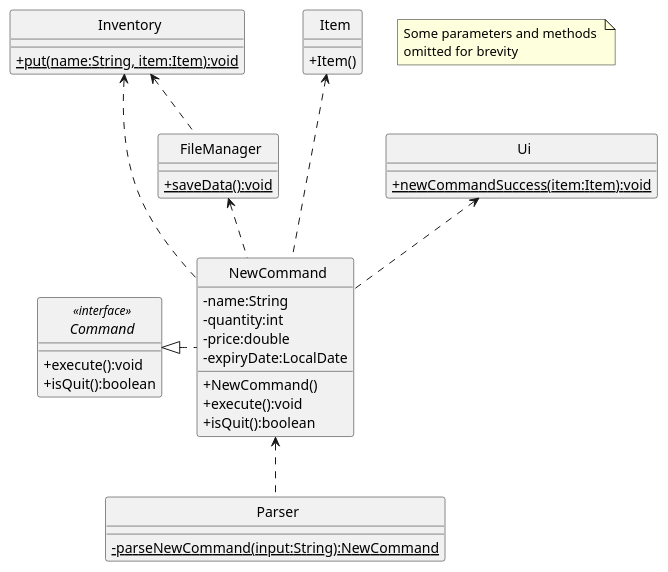
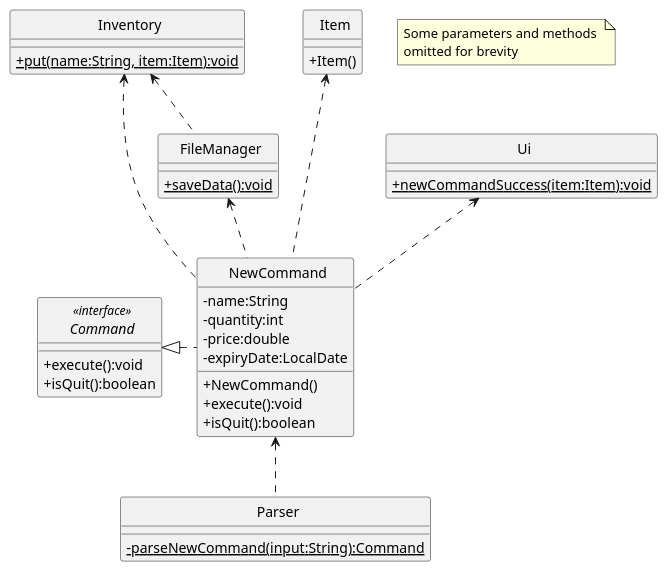
The first of 2 diagrams in docs/uml-diagrams/NewCommand.puml (rismm/tp), drawn with PlantUML before and after one commit. The commit also changed 31 other files, not shown here.

Commit message:
Add Revenue and Profit UML, Edit return type in other Command UMLs

```diff
--- a/docs/uml-diagrams/NewCommand.puml
+++ b/docs/uml-diagrams/NewCommand.puml
@@ -1,60 +1,60 @@
 @startuml
 'https://plantuml.com/class-diagram
 skinparam classAttributeIconSize 0
 skinparam CircledCharacterFontSize 0
 skinparam CircledCharacterRadius 0
 
 abstract class Command
 class Inventory
 class Item
 class NewCommand
 class Parser
 class Ui
 class FileManager
 
 Command <|. NewCommand
 Item <... NewCommand
 Ui <.. NewCommand
 Inventory <.. NewCommand
 NewCommand <.. Parser
 FileManager <.. NewCommand
 Inventory <.. FileManager
 
 interface Command <<interface>> {
     +execute():void
     +isQuit():boolean
 }
 
 class NewCommand {
     -name:String
     -quantity:int
     -price:double
     -expiryDate:LocalDate
     +NewCommand()
     +execute():void
     +isQuit():boolean
 }
 
 class Item {
     +Item()
 }
 
 class Inventory {
     {static}+put(name:String, item:Item):void
 }
 
 class Ui {
     {static}+newCommandSuccess(item:Item):void
 }
 
 class Parser {
-    {static}-parseNewCommand(input:String):NewCommand
+    {static}-parseNewCommand(input:String):Command
 }
 
 class FileManager {
     {static}+saveData():void
 }
 
 note "Some parameters and methods \nomitted for brevity" as n1
 
 @enduml
```
